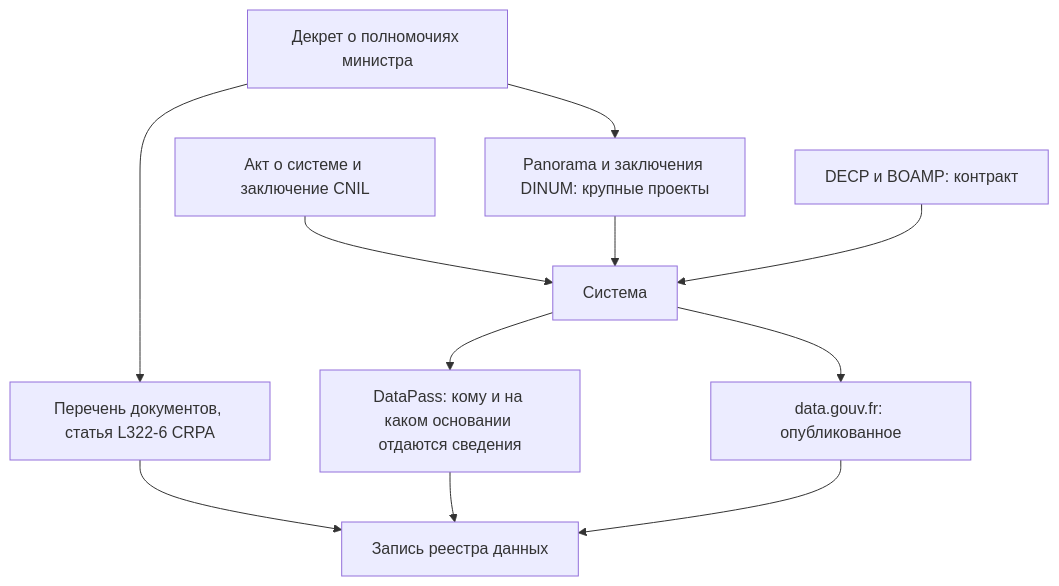
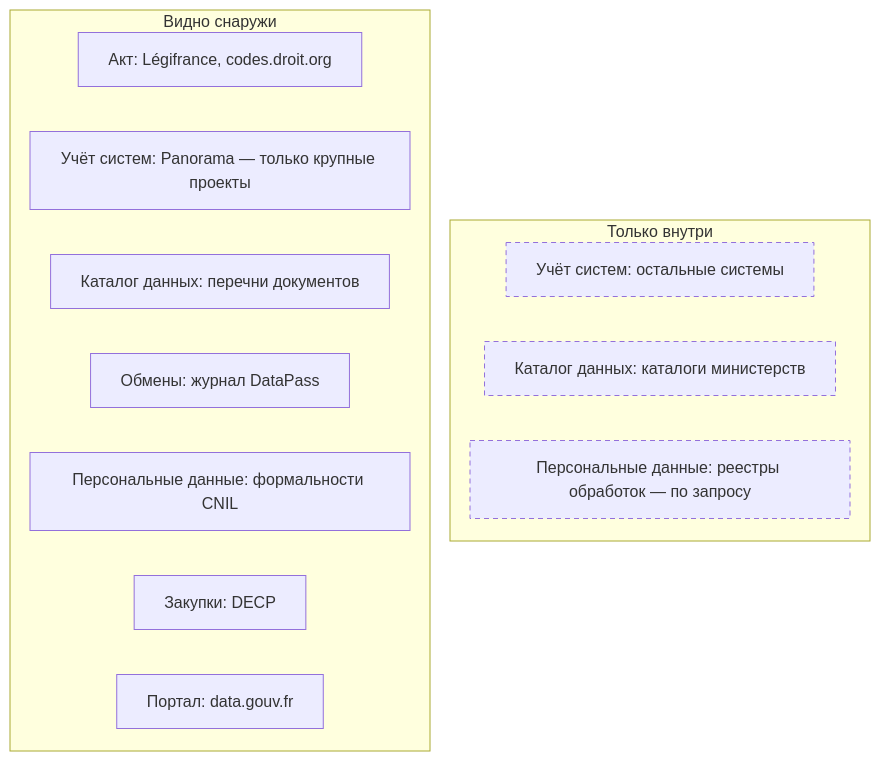
The first of 2 diagrams in docs/07-countries/04-france.md (ivbeg/data-inventory), drawn with Mermaid before and after one commit. The commit also changed other lines of this file and 54 other files, not shown here.

````diff
--- a/docs/07-countries/04-france.md
+++ b/docs/07-countries/04-france.md
@@ -24,13 +15,21 @@
 ```mermaid
-flowchart TB
-  A["Декрет о полномочиях министра"] --> R["Перечень документов, статья L322-6 CRPA"]
-  A --> P["Panorama и заключения DINUM: крупные проекты"]
-  C["Акт о системе и заключение CNIL"] --> S["Система"]
-  P --> S
-  K["DECP и BOAMP: контракт"] --> S
-  S --> D["DataPass: кому и на каком основании отдаются сведения"]
-  S --> O["data.gouv.fr: опубликованное"]
-  R --> Z["Запись реестра данных"]
-  D --> Z
-  O --> Z
+---
+config:
+  flowchart:
+    wrappingWidth: 320
+    nodeSpacing: 20
+    rankSpacing: 20
+---
+flowchart LR
+  subgraph OUT["Видно снаружи"]
+    direction TB
+    A["Акт: Légifrance, codes.droit.org"] ~~~ S["Учёт систем: Panorama — только крупные проекты"] ~~~ C["Каталог данных: перечни документов"] ~~~ E["Обмены: журнал DataPass"] ~~~ D["Персональные данные: формальности CNIL"] ~~~ Z["Закупки: DECP"] ~~~ P["Портал: data.gouv.fr"]
+  end
+  subgraph IN["Только внутри"]
+    direction TB
+    S2["Учёт систем: остальные системы"] ~~~ C2["Каталог данных: каталоги министерств"] ~~~ D2["Персональные данные: реестры обработок — по запросу"]
+  end
+  OUT ~~~ IN
+  classDef inside stroke-dasharray: 5 4
+  class S2,C2,D2 inside
 ```
````
